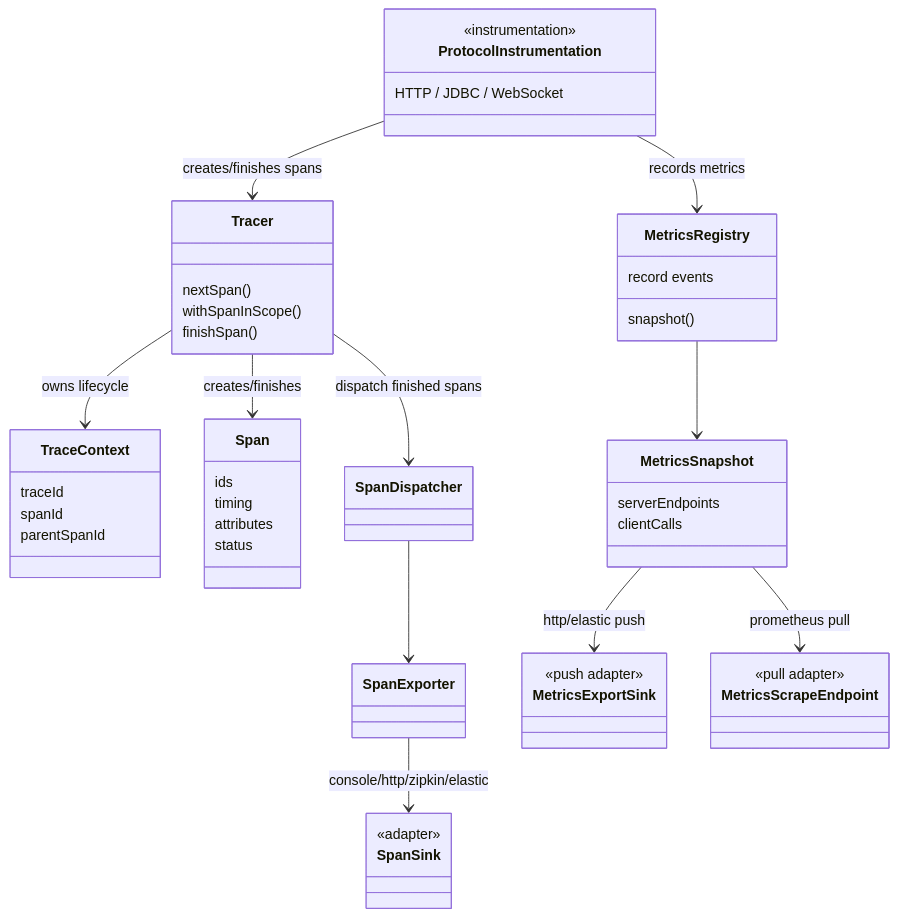
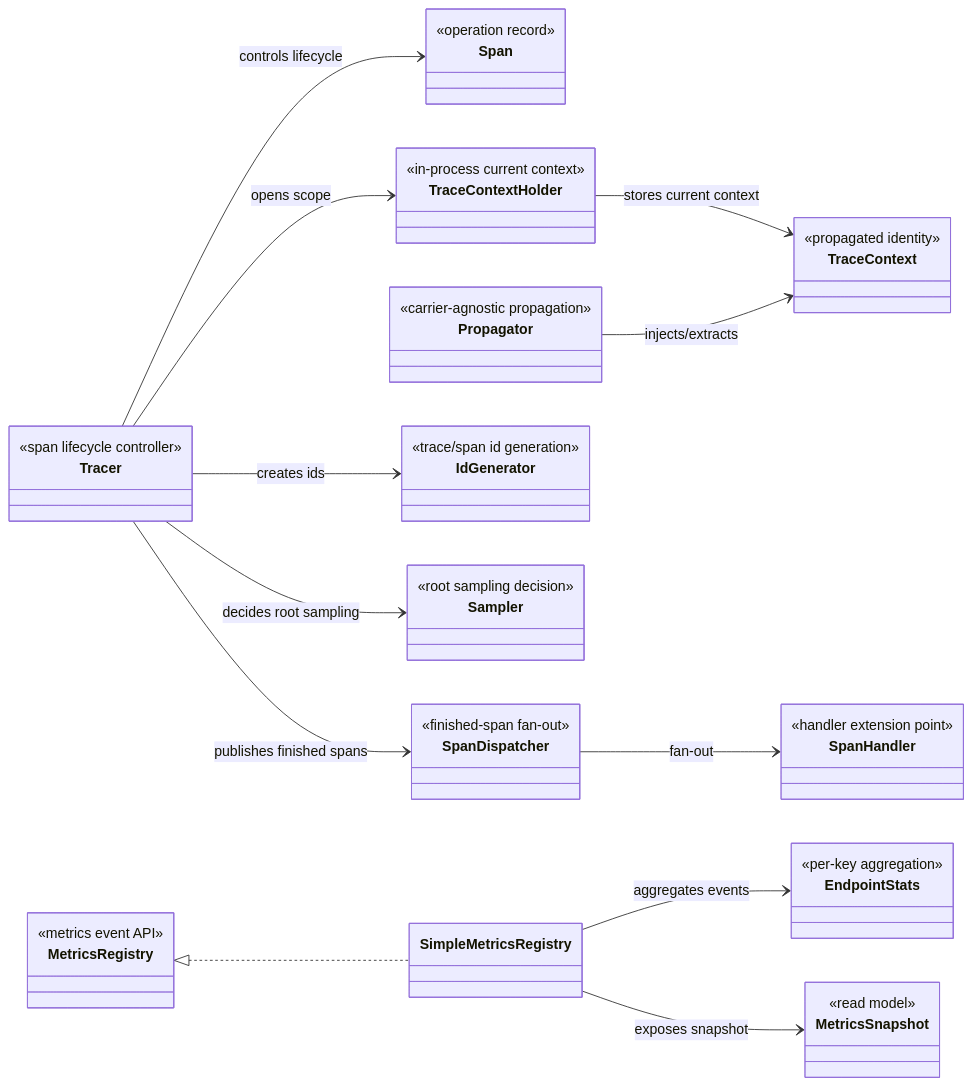
One commit to d2mteam/mini-observability-distributed changed the first of 3 diagrams in README.md. Above: the diagram before and after it, drawn with Mermaid. The commit also changed other lines of this file and 3 other files, not shown here.

````diff
--- a/README.md
+++ b/README.md
@@ -18,61 +105,55 @@
 ```mermaid
 classDiagram
-    class ProtocolInstrumentation {
-        <<instrumentation>>
-        HTTP / JDBC / WebSocket
-    }
+direction LR
 
-    class Tracer {
-        nextSpan()
-        withSpanInScope()
-        finishSpan()
-    }
+class Tracer {
+  <<span lifecycle controller>>
+}
+class Span {
+  <<operation record>>
+}
+class TraceContext {
+  <<propagated identity>>
+}
+class TraceContextHolder {
+  <<in-process current context>>
+}
+class Propagator {
+  <<carrier-agnostic propagation>>
+}
+class IdGenerator {
+  <<trace/span id generation>>
+}
+class Sampler {
+  <<root sampling decision>>
+}
+class SpanDispatcher {
+  <<finished-span fan-out>>
+}
+class SpanHandler {
+  <<handler extension point>>
+}
 
-    class TraceContext {
-        traceId
-        spanId
-        parentSpanId
-    }
+class MetricsRegistry {
+  <<metrics event API>>
+}
+class SimpleMetricsRegistry
+class EndpointStats {
+  <<per-key aggregation>>
+}
+class MetricsSnapshot {
+  <<read model>>
+}
 
-    class Span {
-        ids
-        timing
-        attributes
-        status
-    }
-
-    class SpanDispatcher
-    class SpanExporter
-    class SpanSink {
-        <<adapter>>
-    }
-
-    class MetricsRegistry {
-        record events
-        snapshot()
-    }
-
-    class MetricsSnapshot {
-        serverEndpoints
-        clientCalls
-    }
-
-    class MetricsExportSink {
-        <<push adapter>>
-    }
-
-    class MetricsScrapeEndpoint {
-        <<pull adapter>>
-    }
-
-    ProtocolInstrumentation --> Tracer : creates/finishes spans
-    ProtocolInstrumentation --> MetricsRegistry : records metrics
-    Tracer --> TraceContext : owns lifecycle
-    Tracer --> Span : creates/finishes
-    Tracer --> SpanDispatcher : dispatch finished spans
-    SpanDispatcher --> SpanExporter
-    SpanExporter --> SpanSink : console/http/zipkin/elastic
-    MetricsRegistry --> MetricsSnapshot
-    MetricsSnapshot --> MetricsExportSink : http/elastic push
-    MetricsSnapshot --> MetricsScrapeEndpoint : prometheus pull
+Tracer --> IdGenerator : creates ids
+Tracer --> Sampler : decides root sampling
+Tracer --> Span : controls lifecycle
+Tracer --> TraceContextHolder : opens scope
+TraceContextHolder --> TraceContext : stores current context
+Propagator --> TraceContext : injects/extracts
+Tracer --> SpanDispatcher : publishes finished spans
+SpanDispatcher --> SpanHandler : fan-out
+MetricsRegistry <|.. SimpleMetricsRegistry
+SimpleMetricsRegistry --> EndpointStats : aggregates events
+SimpleMetricsRegistry --> MetricsSnapshot : exposes snapshot
 ```
````
